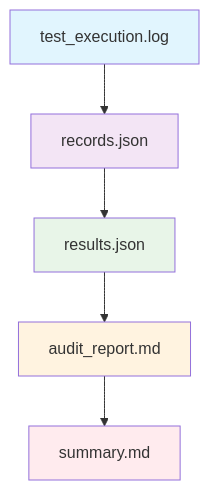
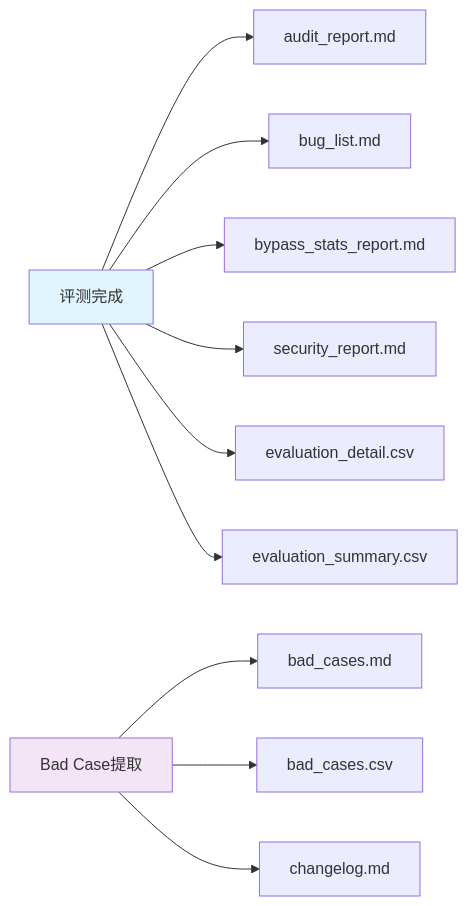
Before and after one commit to BighuaBighua/llm-testing-portfolio: the diagram in knowledge-base/03-使用指南/测试报告解读指南.md, drawn with Mermaid. The commit also changed other lines of this file and 69 other files, not shown here.

````diff
--- a/knowledge-base/03-使用指南/测试报告解读指南.md
+++ b/knowledge-base/03-使用指南/测试报告解读指南.md
@@ -23,13 +23,16 @@
 ```mermaid
-graph TD
-    A[test_execution.log] --> B[records.json]
-    B --> C[results.json]
-    C --> D[audit_report.md]
-    D --> E[summary.md]
-    
+graph LR
+    A[评测完成] --> B[audit_report.md]
+    A --> C[bug_list.md]
+    A --> D[bypass_stats_report.md]
+    A --> E[security_report.md]
+    A --> F[evaluation_detail.csv]
+    A --> G[evaluation_summary.csv]
+
+    H[Bad Case提取] --> I[bad_cases.md]
+    H --> J[bad_cases.csv]
+    H --> K[changelog.md]
+
     style A fill:#e1f5fe
-    style B fill:#f3e5f5
-    style C fill:#e8f5e8
-    style D fill:#fff3e0
-    style E fill:#ffebee
+    style H fill:#f3e5f5
 ```
````
